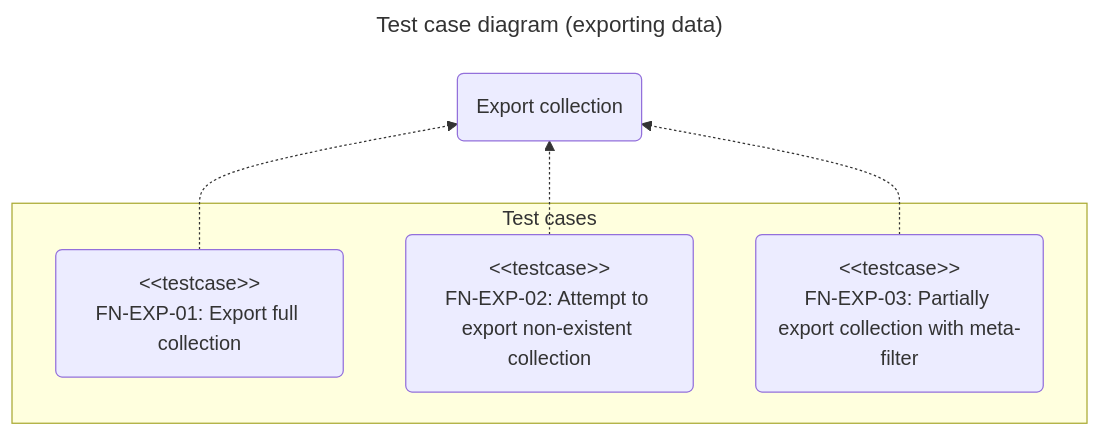
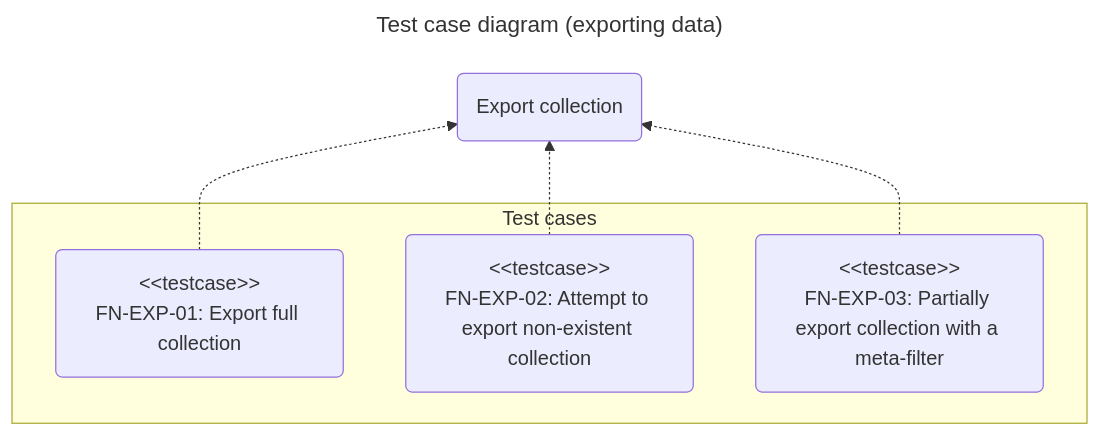
The second of 8 diagrams in docs/spec/tests/functional.en.md (chromiodev/chromie-tool), drawn with Mermaid before and after one commit. The commit also changed other lines of this file and 8 other files, not shown here.

````diff
--- a/docs/spec/tests/functional.en.md
+++ b/docs/spec/tests/functional.en.md
@@ -135,20 +135,20 @@
 ```mermaid
 ---
 title: Test case diagram (exporting data)
 config:
 ---
 
 graph BT
   %% use cases
   exportColl@{ shape: "rounded", label: "Export collection" }
 
   subgraph "Test cases"
     exportFullColl@{ shape: "rounded", label: "#lt;#lt;testcase>><br>FN-EXP-01: Export full collection" }
     exportNonExistingColl@{ shape: "rounded", label: "#lt;#lt;testcase>><br>FN-EXP-02: Attempt to export non-existent collection" }
-    exportCollPartiallyWithMetafilter@{ shape: "rounded", label: "#lt;#lt;testcase>><br>FN-EXP-03: Partially export collection with meta-filter" }
+    exportCollPartiallyWithMetafilter@{ shape: "rounded", label: "#lt;#lt;testcase>><br>FN-EXP-03: Partially export collection with a meta-filter" }
   end
 
   exportFullColl -.-> exportColl
   exportNonExistingColl -.-> exportColl
   exportCollPartiallyWithMetafilter -.-> exportColl
 ```
````
